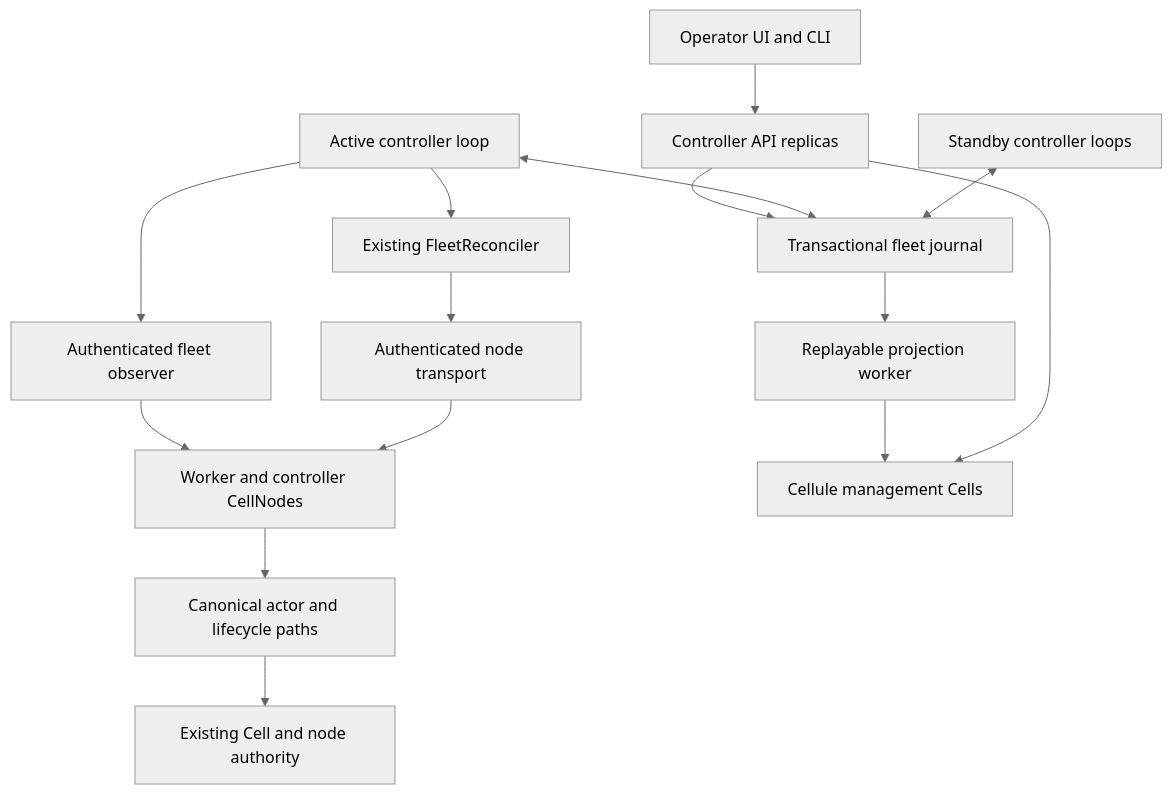
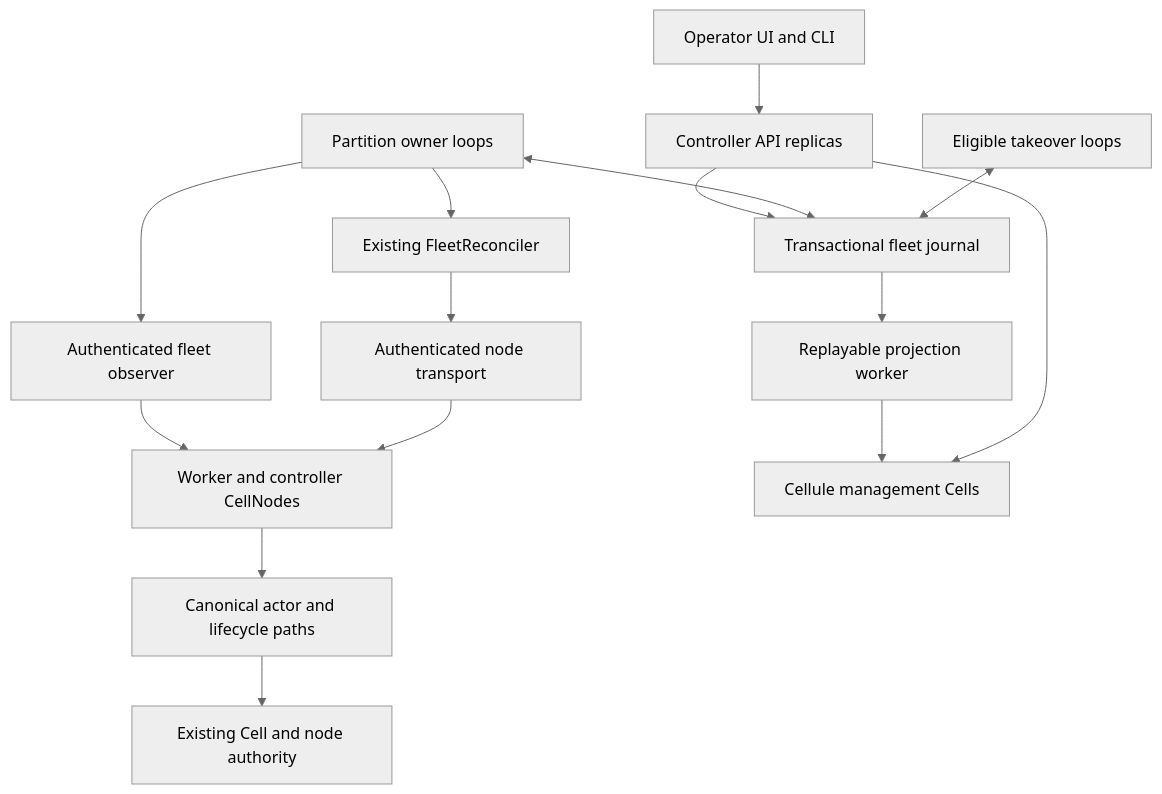
Before and after one commit to crabbuild/cellule: the diagram in docs/fleet-control-plane-plan.md, drawn with Mermaid (neutral theme). The commit also changed other lines of this file and 1 other file, not shown here.

````diff
--- a/docs/fleet-control-plane-plan.md
+++ b/docs/fleet-control-plane-plan.md
@@ -73,17 +92,17 @@
 ```mermaid
 flowchart TD
     Operator[Operator UI and CLI] --> API[Controller API replicas]
     API --> Journal[Transactional fleet journal]
-    Active[Active controller loop] <--> Journal
-    Standby[Standby controller loops] <--> Journal
+    Active[Partition owner loops] <--> Journal
+    Standby[Eligible takeover loops] <--> Journal
     Active --> Observer[Authenticated fleet observer]
     Observer --> Nodes[Worker and controller CellNodes]
     Active --> Driver[Existing FleetReconciler]
     Driver --> Transport[Authenticated node transport]
     Transport --> Nodes
     Nodes --> Runtime[Canonical actor and lifecycle paths]
     Runtime --> Authority[Existing Cell and node authority]
     Journal --> Projector[Replayable projection worker]
     Projector --> Views[Cellule management Cells]
     API --> Views
 ```
````
